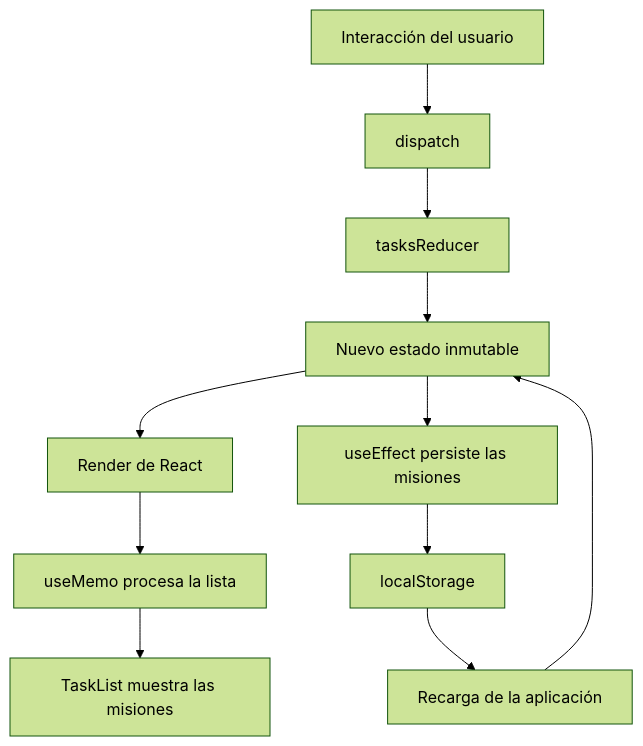
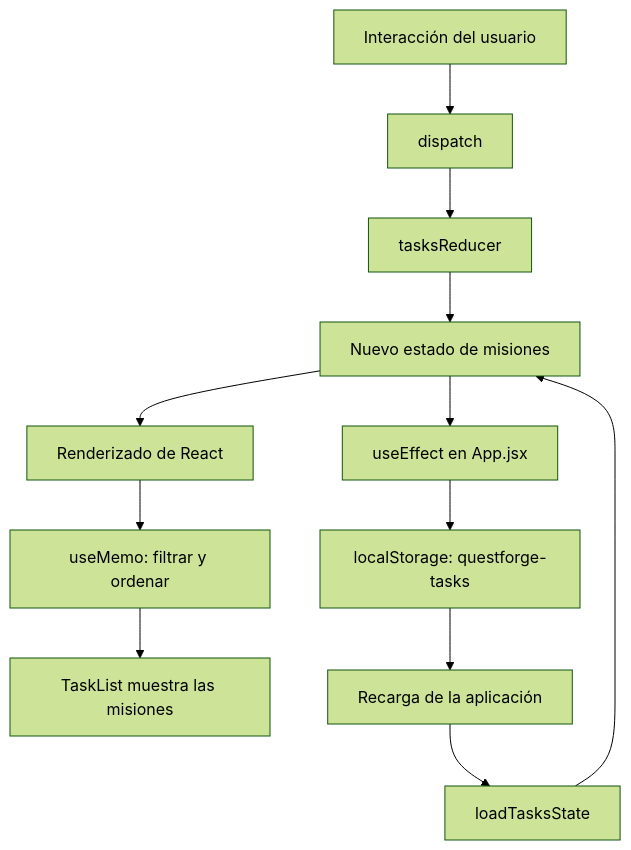
One commit to KatyTorres-web/semana7-practica-part2 changed the diagram in README.md. Above: the diagram before and after it, drawn with Mermaid (forest theme). The commit also changed other lines of this file, not shown here.

````diff
--- a/README.md
+++ b/README.md
@@ -47,13 +109,14 @@
 ```mermaid
 flowchart TD
     A[Interacción del usuario] --> B[dispatch]
     B --> C[tasksReducer]
-    C --> D[Nuevo estado inmutable]
-    D --> E[Render de React]
-    E --> F[useMemo procesa la lista]
+    C --> D[Nuevo estado de misiones]
+    D --> E[Renderizado de React]
+    E --> F[useMemo: filtrar y ordenar]
     F --> G[TaskList muestra las misiones]
-    D --> H[useEffect persiste las misiones]
-    H --> I[localStorage]
+    D --> H[useEffect en App.jsx]
+    H --> I[localStorage: questforge-tasks]
     I --> J[Recarga de la aplicación]
-    J --> D
+    J --> K[loadTasksState]
+    K --> D
 ```
````
